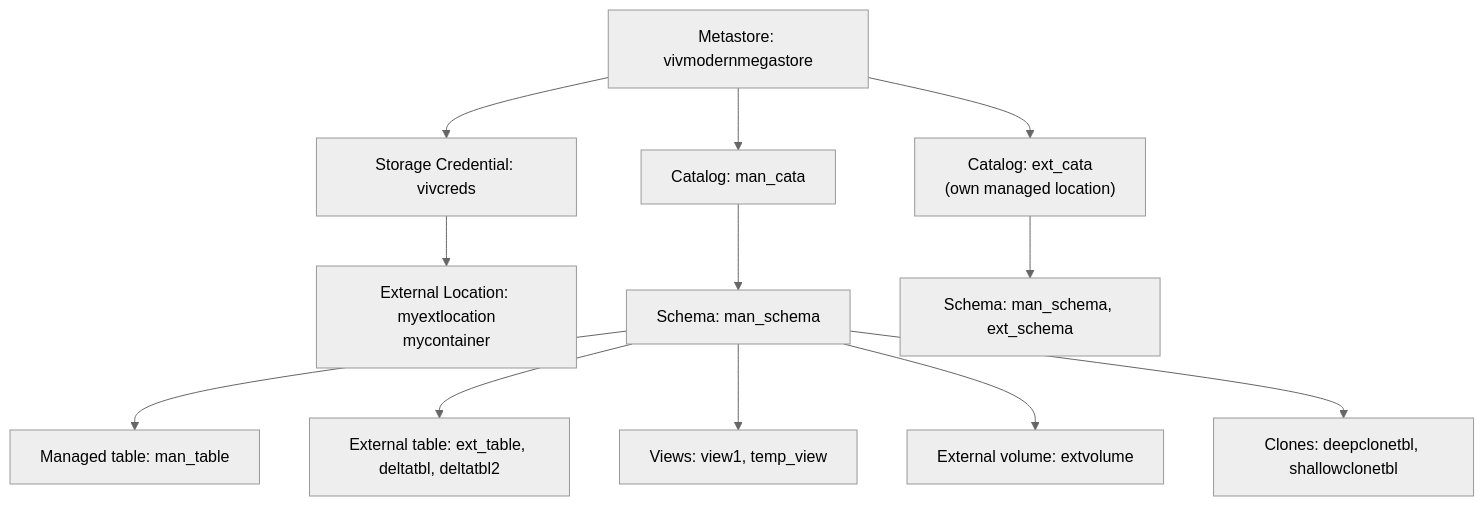
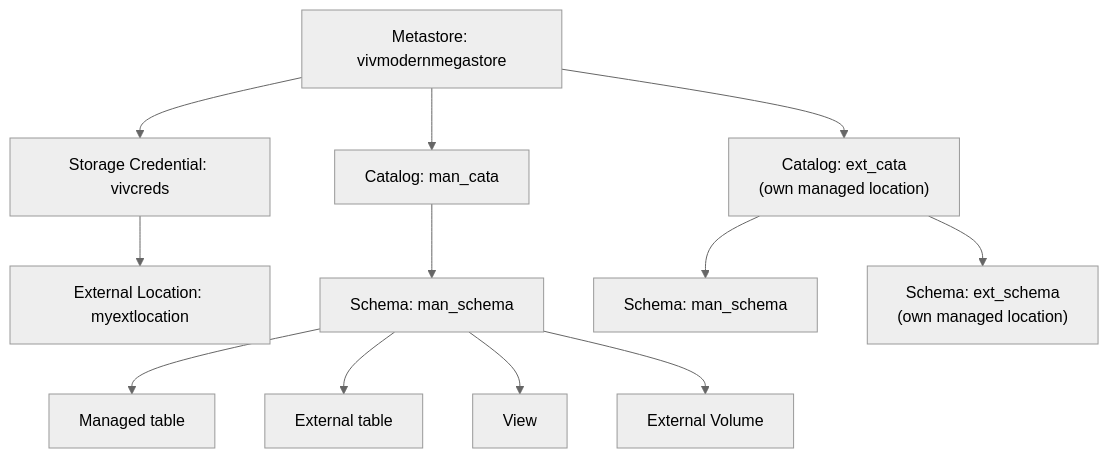
Before and after one commit to Vivekbhand09/Azure-Databricks-Lakehouse-Unity-Catalog-and-Delta-Lake-Deep-Dive: the second of 6 diagrams in README.md, drawn with Mermaid (neutral theme). The commit also changed other lines of this file, not shown here.

````diff
--- a/README.md
+++ b/README.md
@@ -95,14 +95,14 @@
 ```mermaid
 flowchart TD
     M["Metastore: vivmodernmegastore"] --> SC["Storage Credential: vivcreds"]
-    SC --> EL["External Location: myextlocation<br/>mycontainer"]
+    SC --> EL["External Location: myextlocation"]
     M --> CAT1["Catalog: man_cata"]
     M --> CAT2["Catalog: ext_cata<br/>(own managed location)"]
     CAT1 --> S1["Schema: man_schema"]
-    S1 --> T1["Managed table: man_table"]
-    S1 --> T2["External table: ext_table, deltatbl, deltatbl2"]
-    S1 --> V1["Views: view1, temp_view"]
-    S1 --> VOL["External volume: extvolume"]
-    S1 --> CL1["Clones: deepclonetbl, shallowclonetbl"]
-    CAT2 --> S2["Schema: man_schema, ext_schema"]
+    CAT2 --> S2["Schema: man_schema"]
+    CAT2 --> S3["Schema: ext_schema<br/>(own managed location)"]
+    S1 --> T1["Managed table"]
+    S1 --> T2["External table"]
+    S1 --> V1["View"]
+    S1 --> VOL["External Volume"]
 ```
````
